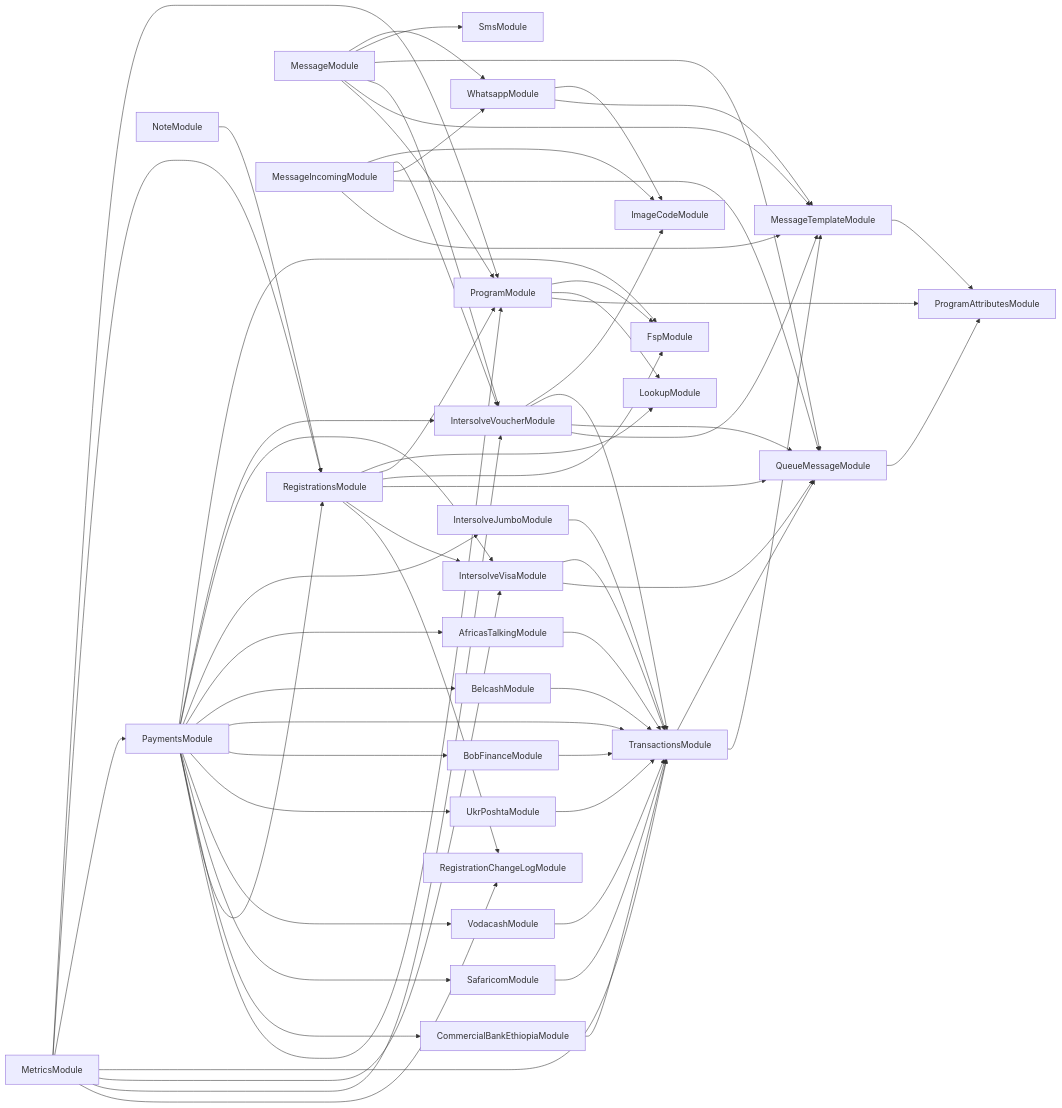
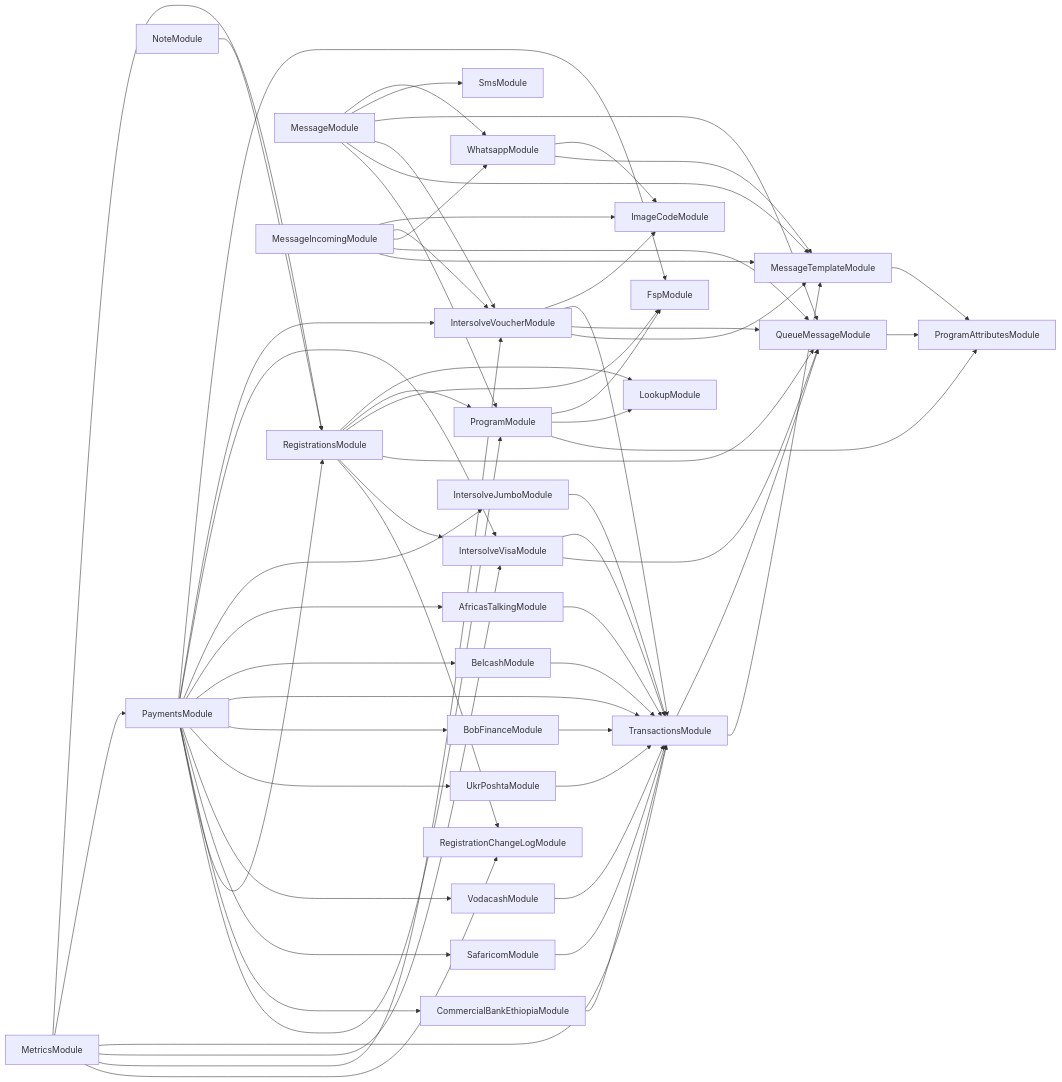
Before and after one commit to global-121/121-platform: the diagram in services/121-service/module-dependencies.md, drawn with Mermaid. The commit also changed 10 other files, not shown here.

````diff
--- a/services/121-service/module-dependencies.md
+++ b/services/121-service/module-dependencies.md
@@ -3,65 +3,64 @@
 ```mermaid
 graph LR
   ProgramModule-->FspModule
   ProgramModule-->LookupModule
   ProgramModule-->ProgramAttributesModule
   MessageTemplateModule-->ProgramAttributesModule
   RegistrationsModule-->LookupModule
   RegistrationsModule-->ProgramModule
   RegistrationsModule-->FspModule
   RegistrationsModule-->QueueMessageModule
   QueueMessageModule-->ProgramAttributesModule
   RegistrationsModule-->IntersolveVisaModule
   IntersolveVisaModule-->TransactionsModule
   TransactionsModule-->QueueMessageModule
   TransactionsModule-->MessageTemplateModule
   IntersolveVisaModule-->QueueMessageModule
   RegistrationsModule-->RegistrationChangeLogModule
   MessageModule-->WhatsappModule
   WhatsappModule-->ImageCodeModule
   WhatsappModule-->MessageTemplateModule
   MessageModule-->SmsModule
   MessageModule-->QueueMessageModule
   MessageModule-->IntersolveVoucherModule
   IntersolveVoucherModule-->ImageCodeModule
   IntersolveVoucherModule-->TransactionsModule
   IntersolveVoucherModule-->QueueMessageModule
   IntersolveVoucherModule-->MessageTemplateModule
   MessageModule-->MessageTemplateModule
   MessageModule-->ProgramModule
-  MetricsModule-->ProgramModule
   MetricsModule-->RegistrationsModule
   MetricsModule-->PaymentsModule
   PaymentsModule-->FspModule
   PaymentsModule-->IntersolveVoucherModule
   PaymentsModule-->IntersolveVisaModule
   PaymentsModule-->IntersolveJumboModule
   IntersolveJumboModule-->TransactionsModule
   PaymentsModule-->AfricasTalkingModule
   AfricasTalkingModule-->TransactionsModule
   PaymentsModule-->BelcashModule
   BelcashModule-->TransactionsModule
   PaymentsModule-->TransactionsModule
   PaymentsModule-->BobFinanceModule
   BobFinanceModule-->TransactionsModule
   PaymentsModule-->UkrPoshtaModule
   UkrPoshtaModule-->TransactionsModule
   PaymentsModule-->VodacashModule
   VodacashModule-->TransactionsModule
   PaymentsModule-->SafaricomModule
   SafaricomModule-->TransactionsModule
   PaymentsModule-->CommercialBankEthiopiaModule
   CommercialBankEthiopiaModule-->TransactionsModule
   PaymentsModule-->RegistrationsModule
   PaymentsModule-->ProgramModule
   MetricsModule-->TransactionsModule
   MetricsModule-->IntersolveVisaModule
   MetricsModule-->IntersolveVoucherModule
   MetricsModule-->RegistrationChangeLogModule
   MessageIncomingModule-->ImageCodeModule
   MessageIncomingModule-->IntersolveVoucherModule
   MessageIncomingModule-->WhatsappModule
   MessageIncomingModule-->QueueMessageModule
   MessageIncomingModule-->MessageTemplateModule
   NoteModule-->RegistrationsModule
 ```
````
